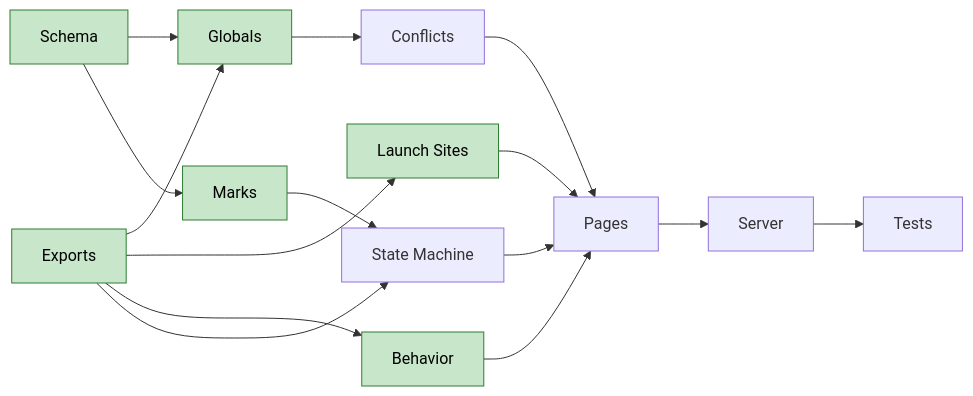
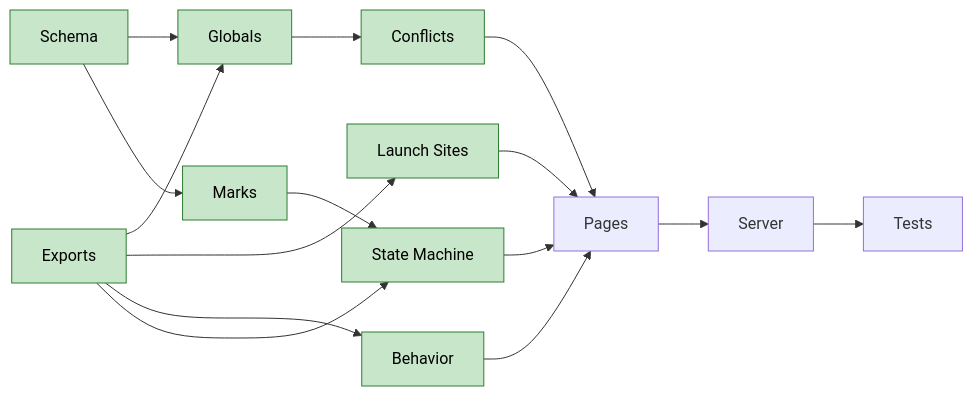
One commit to chances/eventide-chronicles changed the third of 3 diagrams in .agents/plans/mission-baseline.md. Above: the diagram before and after it, drawn with Mermaid. The commit also changed other lines of this file and 23 other files, not shown here.

First line of the commit message:
Add states, guards, conflicts, and reach errors to mission charts

````diff
--- a/.agents/plans/mission-baseline.md
+++ b/.agents/plans/mission-baseline.md
@@ -210,21 +236,21 @@
 ```mermaid
 flowchart LR
     Schema --> Globals
     Schema --> Marks
     Exports --> Globals
     Exports --> LaunchSites["Launch Sites"]
     Exports --> Behavior
     Exports --> StateMachine["State Machine"]
     Globals --> Conflicts
     Marks --> StateMachine
     LaunchSites --> Pages
     Conflicts --> Pages
     StateMachine --> Pages
     Behavior --> Pages
     Pages --> Server
     Server --> Tests
     classDef done fill:#c8e6c9,stroke:#2e7d32,color:#000
     class Schema,Exports,Globals,LaunchSites,Marks done
-    class Behavior done
+    class Behavior,Conflicts,StateMachine done
     classDef wip fill:#fff9c4,stroke:#f9a825,color:#000
 ```
````
